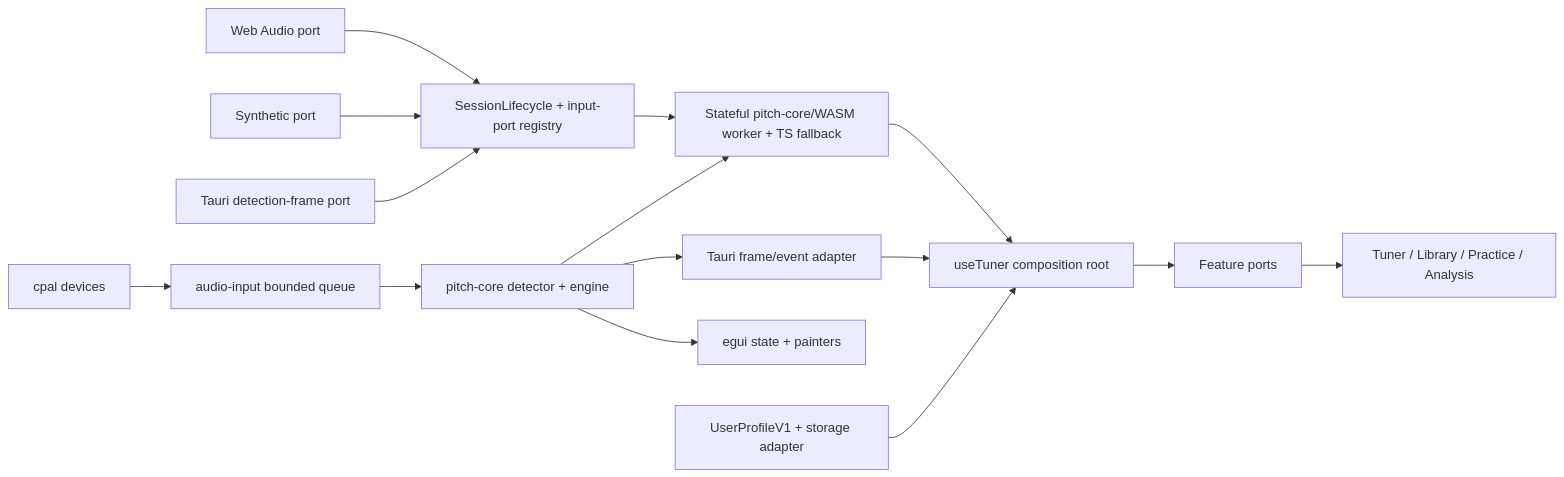
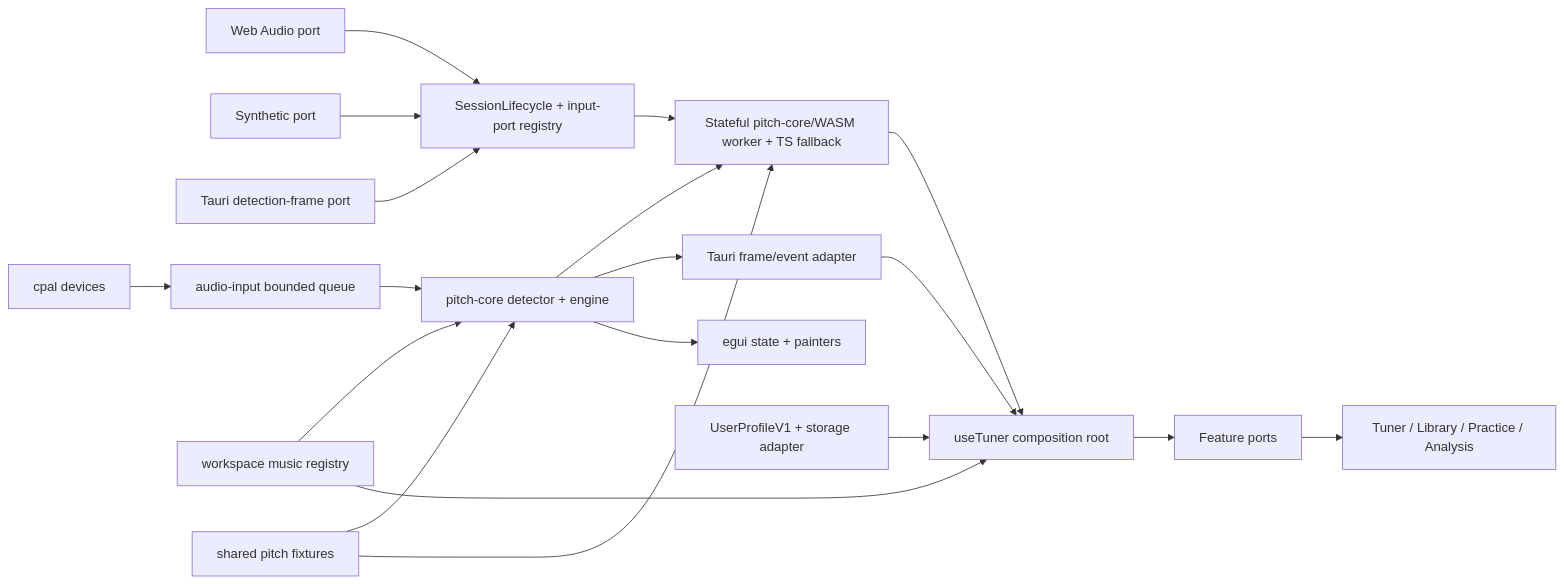
Before and after one commit to themoretheless/tuner: the diagram in ARCHITECTURE.md, drawn with Mermaid. The commit also changed other lines of this file and 6 other files, not shown here.

Commit message:
Synchronize architecture and Top 500 status

````diff
--- a/ARCHITECTURE.md
+++ b/ARCHITECTURE.md
@@ -35,17 +37,21 @@
 ```mermaid
 flowchart LR
   WebMic["Web Audio port"] --> WebSession["SessionLifecycle + input-port registry"]
   Synthetic["Synthetic port"] --> WebSession
   NativePort["Tauri detection-frame port"] --> WebSession
   WebSession --> WasmWorker["Stateful pitch-core/WASM worker + TS fallback"]
   Cpal["cpal devices"] --> AudioInput["audio-input bounded queue"]
   AudioInput --> Core["pitch-core detector + engine"]
   Core --> WasmWorker
   Core --> Tauri["Tauri frame/event adapter"]
   Core --> Egui["egui state + painters"]
+  Registry["workspace music registry"] --> Core
+  Registry --> Composition
+  Fixtures["shared pitch fixtures"] --> Core
+  Fixtures --> WasmWorker
   WasmWorker --> Composition["useTuner composition root"]
   Tauri --> Composition
   Profile["UserProfileV1 + storage adapter"] --> Composition
   Composition --> Ports["Feature ports"]
   Ports --> Views["Tuner / Library / Practice / Analysis"]
 ```
````
